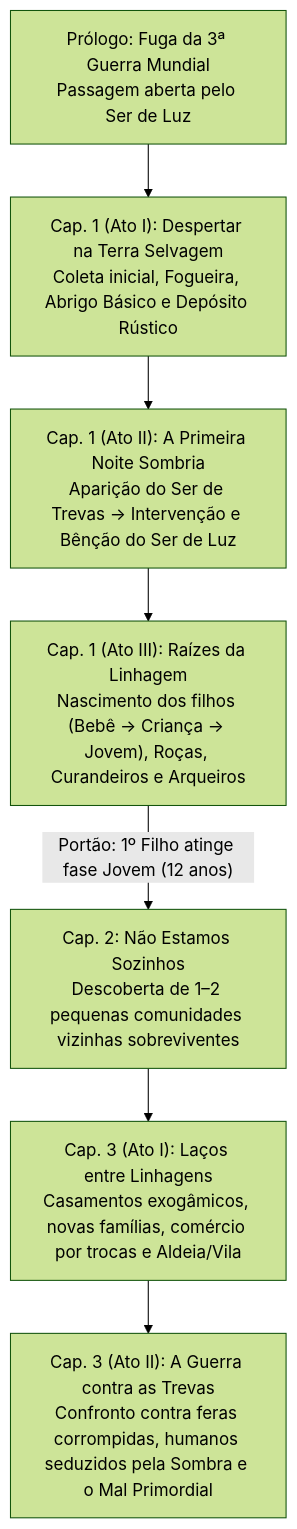
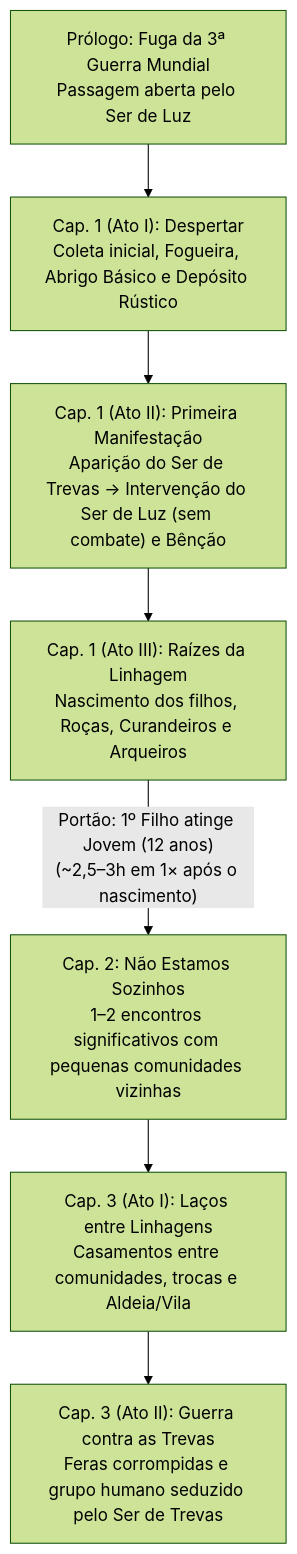
One commit to Julian0s/Dawn-of-Kin changed the diagram in docs/audits/DAWN_OF_KIN_GLOBAL_VISION_AUDIT_PROPOSAL.md. Above: the diagram before and after it, drawn with Mermaid (forest theme). The commit also changed other lines of this file, not shown here.

````diff
--- a/docs/audits/DAWN_OF_KIN_GLOBAL_VISION_AUDIT_PROPOSAL.md
+++ b/docs/audits/DAWN_OF_KIN_GLOBAL_VISION_AUDIT_PROPOSAL.md
@@ -132,9 +139,9 @@
 ```mermaid
 flowchart TD
-    P["Prólogo: Fuga da 3ª Guerra Mundial\nPassagem aberta pelo Ser de Luz"] --> C1A["Cap. 1 (Ato I): Despertar na Terra Selvagem\nColeta inicial, Fogueira, Abrigo Básico e Depósito Rústico"]
-    C1A --> C1B["Cap. 1 (Ato II): A Primeira Noite Sombria\nAparição do Ser de Trevas → Intervenção e Bênção do Ser de Luz"]
-    C1B --> C1C["Cap. 1 (Ato III): Raízes da Linhagem\nNascimento dos filhos (Bebê → Criança → Jovem), Roças, Curandeiros e Arqueiros"]
-    C1C -->|"Portão: 1º Filho atinge fase Jovem (12 anos)"| C2["Cap. 2: Não Estamos Sozinhos\nDescoberta de 1–2 pequenas comunidades vizinhas sobreviventes"]
-    C2 --> C3A["Cap. 3 (Ato I): Laços entre Linhagens\nCasamentos exogâmicos, novas famílias, comércio por trocas e Aldeia/Vila"]
-    C3A --> C3B["Cap. 3 (Ato II): A Guerra contra as Trevas\nConfronto contra feras corrompidas, humanos seduzidos pela Sombra e o Mal Primordial"]
+    P["Prólogo: Fuga da 3ª Guerra Mundial\nPassagem aberta pelo Ser de Luz"] --> C1A["Cap. 1 (Ato I): Despertar\nColeta inicial, Fogueira, Abrigo Básico e Depósito Rústico"]
+    C1A --> C1B["Cap. 1 (Ato II): Primeira Manifestação\nAparição do Ser de Trevas → Intervenção do Ser de Luz (sem combate) e Bênção"]
+    C1B --> C1C["Cap. 1 (Ato III): Raízes da Linhagem\nNascimento dos filhos, Roças, Curandeiros e Arqueiros"]
+    C1C -->|"Portão: 1º Filho atinge Jovem (12 anos)\n(~2,5–3h em 1× após o nascimento)"| C2["Cap. 2: Não Estamos Sozinhos\n1–2 encontros significativos com pequenas comunidades vizinhas"]
+    C2 --> C3A["Cap. 3 (Ato I): Laços entre Linhagens\nCasamentos entre comunidades, trocas e Aldeia/Vila"]
+    C3A --> C3B["Cap. 3 (Ato II): Guerra contra as Trevas\nFeras corrompidas e grupo humano seduzido pelo Ser de Trevas"]
 ```
````
